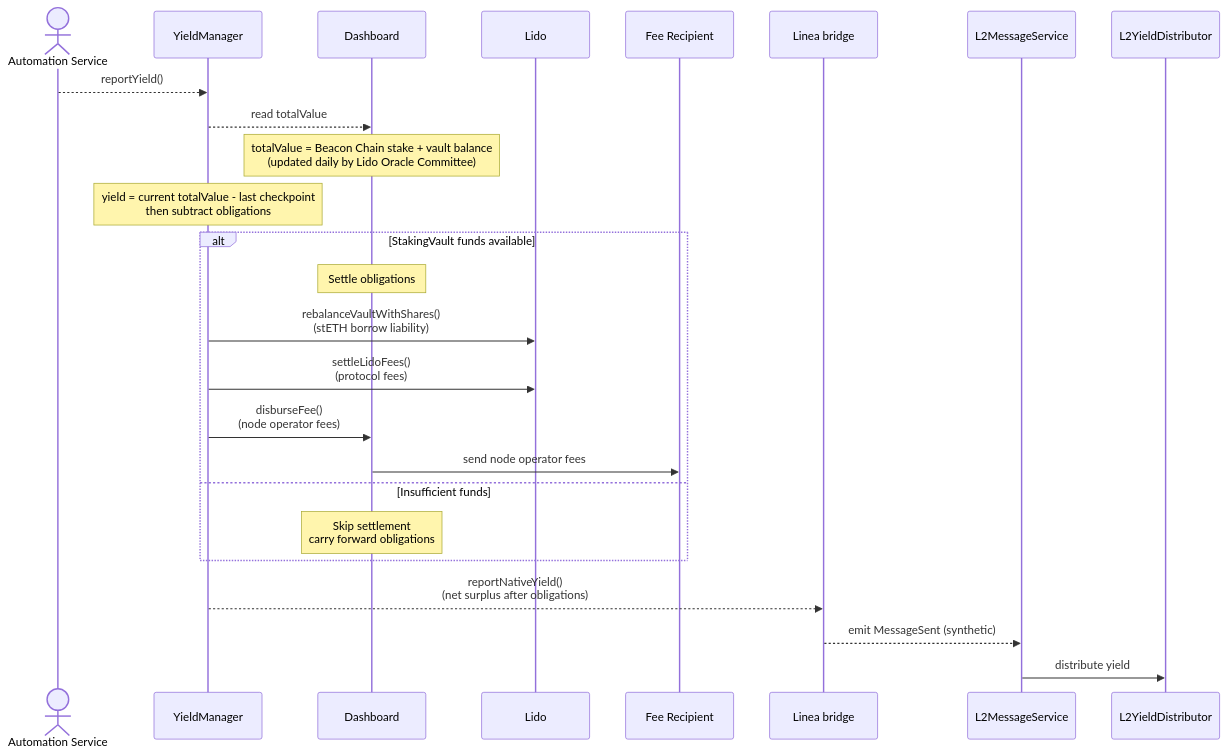
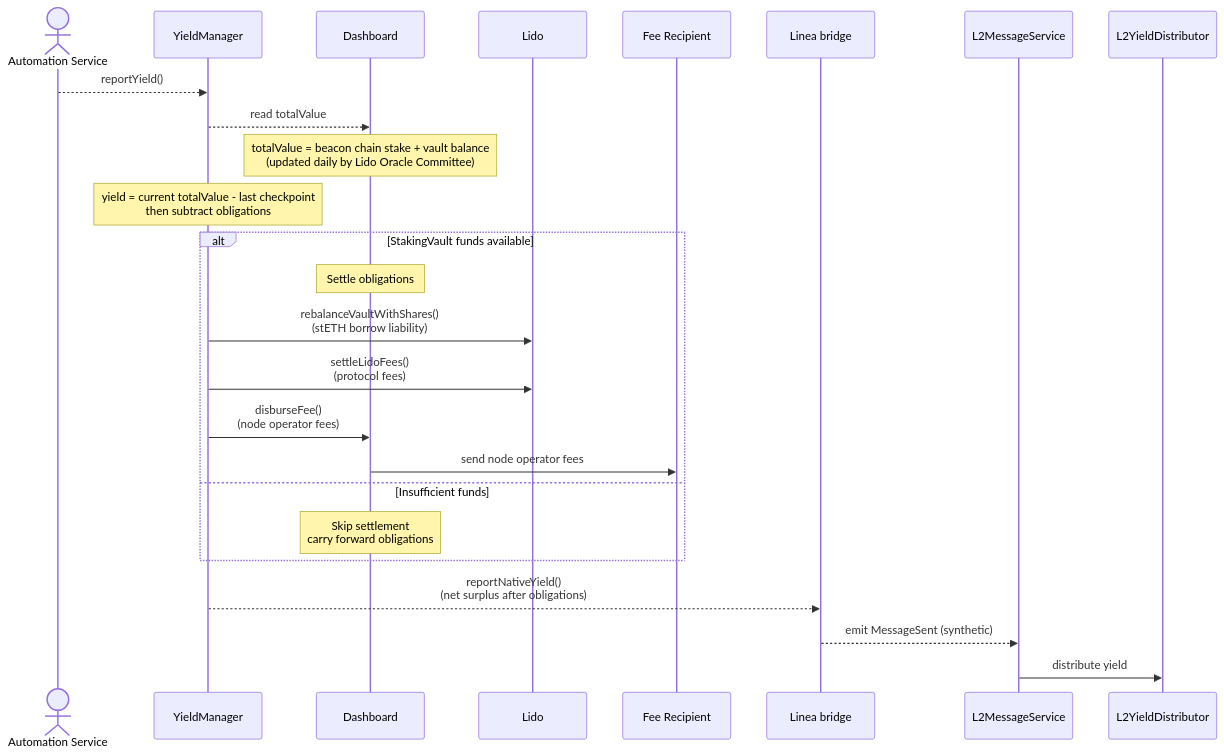
Before and after one commit to Consensys/doc.linea: the fifth of 8 diagrams in docs/protocol/yield-boost-architecture.mdx, drawn with Mermaid. The commit also changed other lines of this file and 1 other file, not shown here.

Commit message:
applies repo style for casing beacon chain

````diff
--- a/docs/protocol/yield-boost-architecture.mdx
+++ b/docs/protocol/yield-boost-architecture.mdx
@@ -211,30 +211,30 @@
 ```mermaid
 sequenceDiagram
     actor Auto as Automation Service
     participant YM as YieldManager
     participant DB as Dashboard
     participant Lido as Lido
     participant Fee as Fee Recipient
     participant LR as Linea bridge
     participant L2MS as L2MessageService
     participant L2YD as L2YieldDistributor
 
     Auto-->>YM: reportYield()
     YM-->>DB: read totalValue
-    Note over DB: totalValue = Beacon Chain stake + vault balance<br/>(updated daily by Lido Oracle Committee)
+    Note over DB: totalValue = beacon chain stake + vault balance<br/>(updated daily by Lido Oracle Committee)
     Note over YM: yield = current totalValue - last checkpoint<br/>then subtract obligations
 
     alt StakingVault funds available
         Note over DB: Settle obligations
         YM->>Lido: rebalanceVaultWithShares()<br/>(stETH borrow liability)
         YM->>Lido: settleLidoFees()<br/>(protocol fees)
         YM->>DB: disburseFee()<br/>(node operator fees)
         DB->>Fee: send node operator fees
     else Insufficient funds
         Note over DB: Skip settlement<br/>carry forward obligations
     end
 
     YM-->>LR: reportNativeYield()<br/>(net surplus after obligations)
     LR-->>L2MS: emit MessageSent (synthetic)
     L2MS->>L2YD: distribute yield
 ```
````
